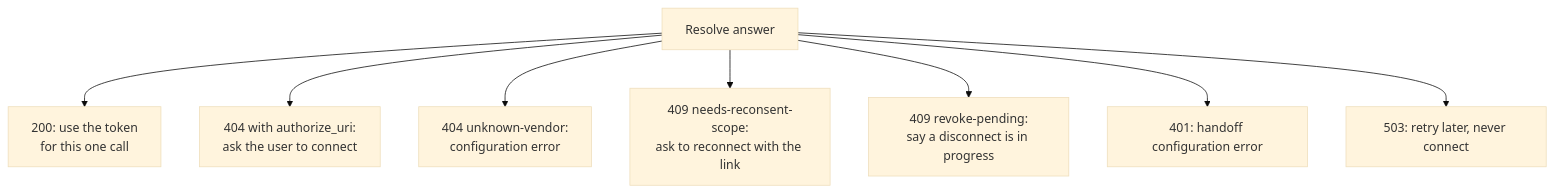
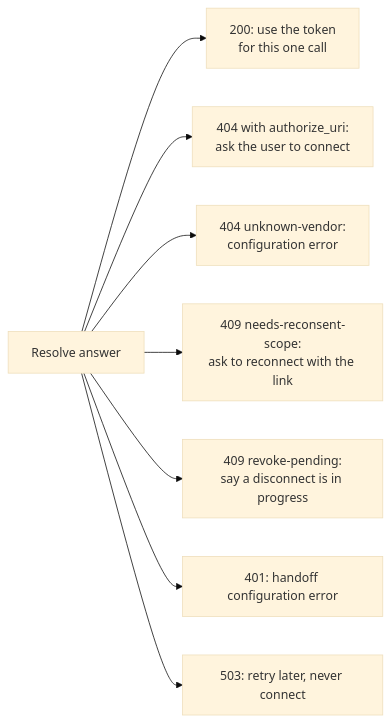
The diagram in docs/mcp-integration.md (chief-builder/vendor-token-broker), drawn with Mermaid (base theme) before and after one commit. The commit also changed 6 other files, not shown here.

First line of the commit message:
docs: make diagrams readable

````diff
--- a/docs/mcp-integration.md
+++ b/docs/mcp-integration.md
@@ -99,10 +99,10 @@
 ```mermaid
-flowchart TD
+flowchart LR
     R["Resolve answer"] --> OK["200: use the token<br/>for this one call"]
     R --> NC["404 with authorize_uri:<br/>ask the user to connect"]
     R --> UV["404 unknown-vendor:<br/>configuration error"]
     R --> RS["409 needs-reconsent-scope:<br/>ask to reconnect with the link"]
     R --> RP["409 revoke-pending:<br/>say a disconnect is in progress"]
     R --> UA["401: handoff configuration error"]
     R --> UN["503: retry later, never connect"]
 ```
````
